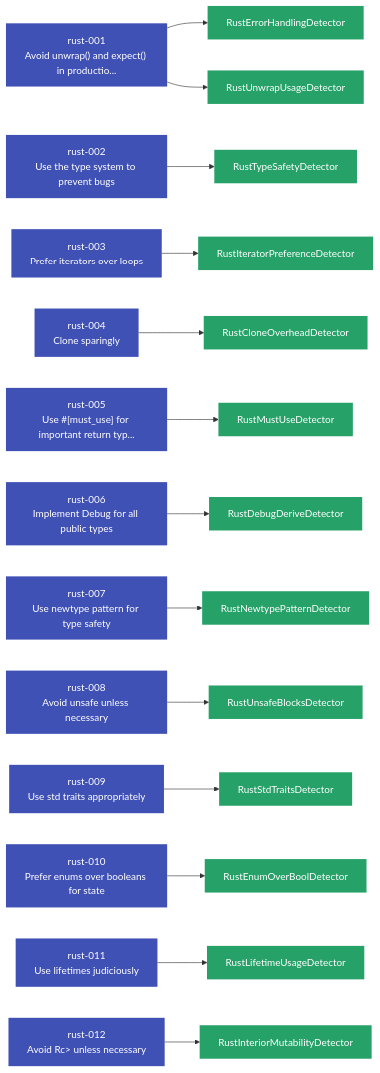
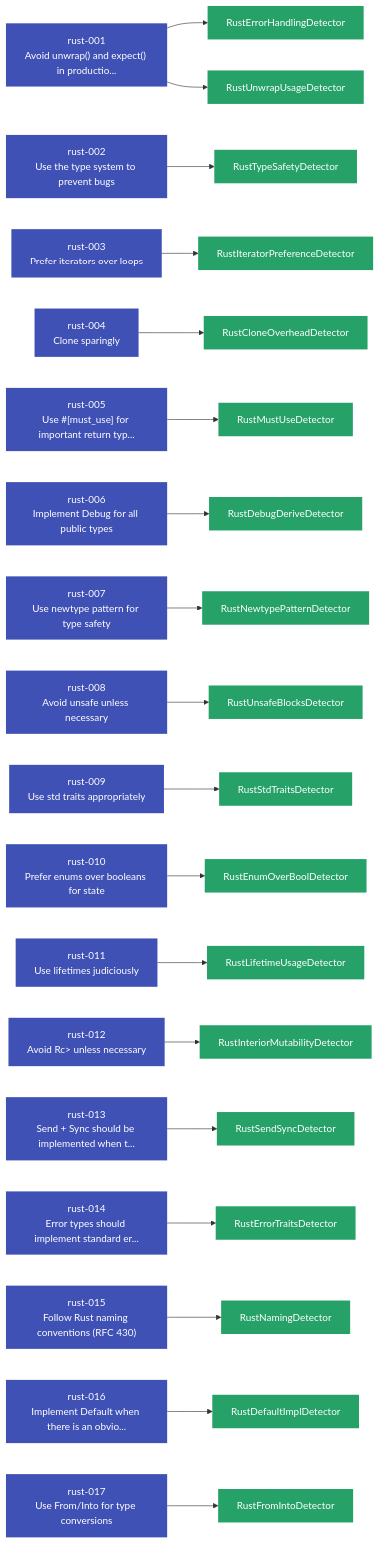
The diagram in docs/user-guide/languages/rust.md (Anselmoo/mcp-zen-of-languages), drawn with Mermaid before and after one commit. The commit also changed other lines of this file and 43 other files, not shown here.

```diff
--- a/docs/user-guide/languages/rust.md
+++ b/docs/user-guide/languages/rust.md
@@ -315,14 +420,25 @@
     rust_010["rust-010<br/>Prefer enums over booleans for state"]
     rust_011["rust-011<br/>Use lifetimes judiciously"]
     rust_012["rust-012<br/>Avoid Rc<RefCell<T>> unless necessary"]
+    rust_013["rust-013<br/>Send + Sync should be implemented when t..."]
+    rust_014["rust-014<br/>Error types should implement standard er..."]
+    rust_015["rust-015<br/>Follow Rust naming conventions (RFC 430)"]
+    rust_016["rust-016<br/>Implement Default when there is an obvio..."]
+    rust_017["rust-017<br/>Use From/Into for type conversions"]
     det_RustCloneOverheadDetector["RustCloneOverheadDetector"]
     rust_004 --> det_RustCloneOverheadDetector
     det_RustDebugDeriveDetector["RustDebugDeriveDetector"]
     rust_006 --> det_RustDebugDeriveDetector
+    det_RustDefaultImplDetector["RustDefaultImplDetector"]
+    rust_016 --> det_RustDefaultImplDetector
     det_RustEnumOverBoolDetector["RustEnumOverBoolDetector"]
     rust_010 --> det_RustEnumOverBoolDetector
     det_RustErrorHandlingDetector["RustErrorHandlingDetector"]
     rust_001 --> det_RustErrorHandlingDetector
+    det_RustErrorTraitsDetector["RustErrorTraitsDetector"]
+    rust_014 --> det_RustErrorTraitsDetector
+    det_RustFromIntoDetector["RustFromIntoDetector"]
+    rust_017 --> det_RustFromIntoDetector
     det_RustInteriorMutabilityDetector["RustInteriorMutabilityDetector"]
     rust_012 --> det_RustInteriorMutabilityDetector
     det_RustIteratorPreferenceDetector["RustIteratorPreferenceDetector"]
@@ -331,8 +447,12 @@
     rust_011 --> det_RustLifetimeUsageDetector
     det_RustMustUseDetector["RustMustUseDetector"]
     rust_005 --> det_RustMustUseDetector
+    det_RustNamingDetector["RustNamingDetector"]
+    rust_015 --> det_RustNamingDetector
     det_RustNewtypePatternDetector["RustNewtypePatternDetector"]
     rust_007 --> det_RustNewtypePatternDetector
+    det_RustSendSyncDetector["RustSendSyncDetector"]
+    rust_013 --> det_RustSendSyncDetector
     det_RustStdTraitsDetector["RustStdTraitsDetector"]
     rust_009 --> det_RustStdTraitsDetector
     det_RustTypeSafetyDetector["RustTypeSafetyDetector"]
@@ -355,15 +475,25 @@
     class rust_010 principle
     class rust_011 principle
     class rust_012 principle
+    class rust_013 principle
+    class rust_014 principle
+    class rust_015 principle
+    class rust_016 principle
+    class rust_017 principle
     class det_RustCloneOverheadDetector detector
     class det_RustDebugDeriveDetector detector
+    class det_RustDefaultImplDetector detector
     class det_RustEnumOverBoolDetector detector
     class det_RustErrorHandlingDetector detector
+    class det_RustErrorTraitsDetector detector
+    class det_RustFromIntoDetector detector
     class det_RustInteriorMutabilityDetector detector
     class det_RustIteratorPreferenceDetector detector
     class det_RustLifetimeUsageDetector detector
     class det_RustMustUseDetector detector
+    class det_RustNamingDetector detector
     class det_RustNewtypePatternDetector detector
+    class det_RustSendSyncDetector detector
     class det_RustStdTraitsDetector detector
     class det_RustTypeSafetyDetector detector
     class det_RustUnsafeBlocksDetector detector
```
